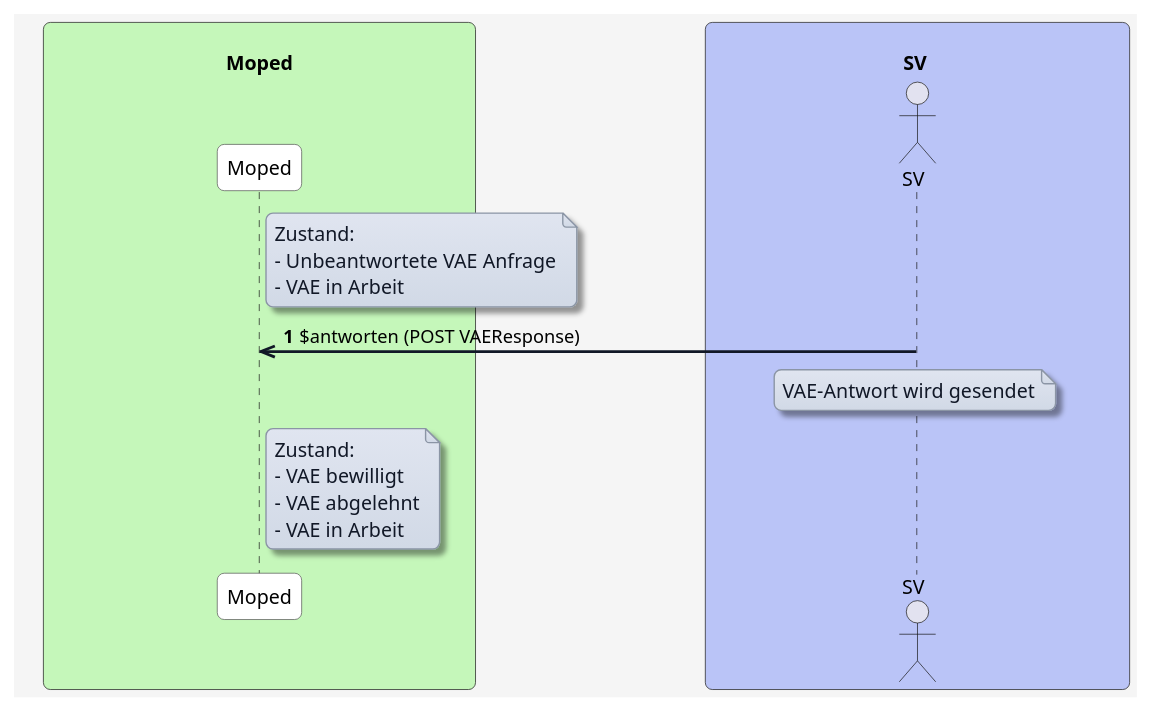
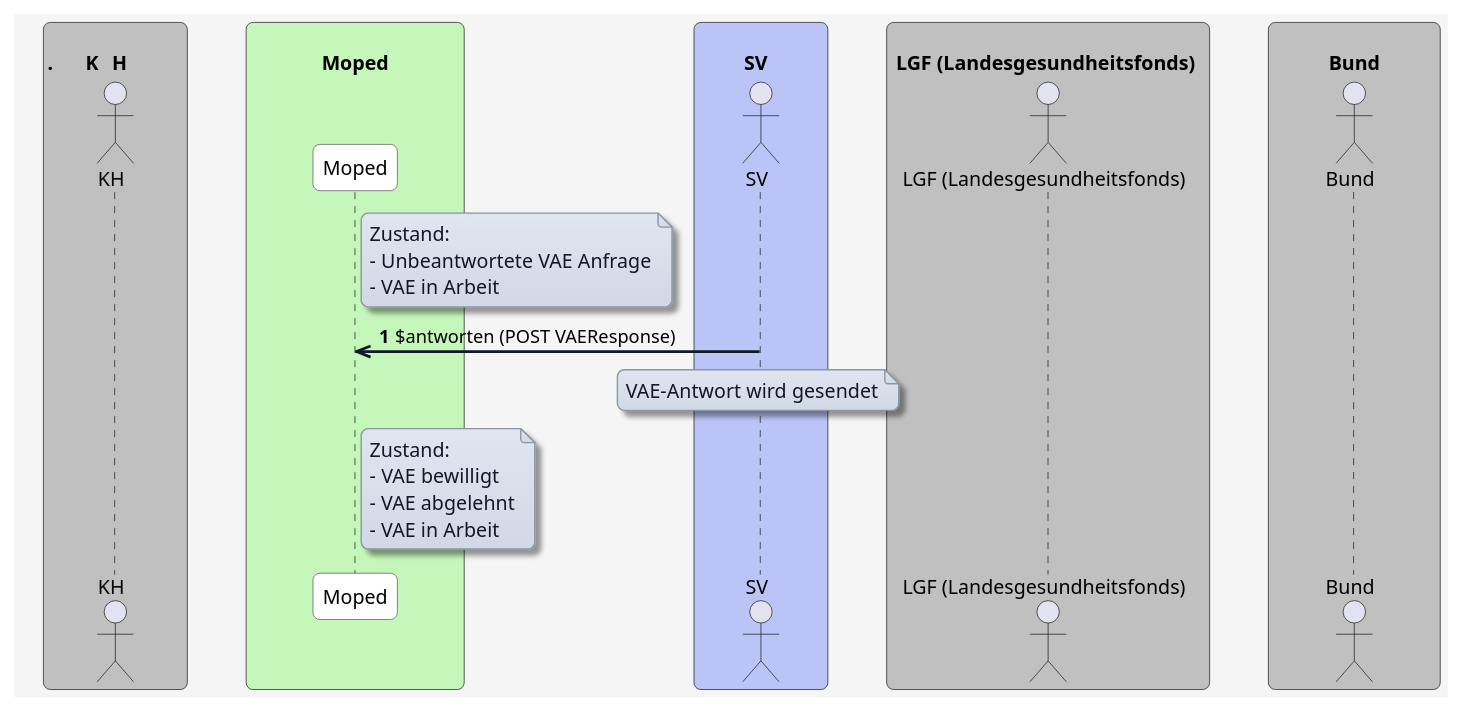
Before and after one commit to HL7Austria/ELGA-MOPED-R5: the diagram in input/images-source/antworten.plantuml, drawn with PlantUML. The commit also changed 1 other file, not shown here.

```diff
--- a/input/images-source/antworten.plantuml
+++ b/input/images-source/antworten.plantuml
@@ -1,67 +1,80 @@
 @startuml
 skinparam borderColor #000000
 skinparam backgroundColor #f5f5f5
 skinparam shadowing false
 skinparam roundCorner 10
 skinparam defaultFontName "Arial"
 skinparam defaultFontSize 14
 skinparam defaultFontColor #000000
 
 skinparam note {
   BackgroundColor #e0e5f0-#d1d9e6
   BorderColor #8b95a5
   BorderThickness 1
   RoundCorner 8
   Padding 6
   FontColor #111827
   Shadowing true
 }
 
 skinparam HyperlinkColor #0000EE
 skinparam HyperlinkUnderline false
 
 skinparam sequence {
   ParticipantBorderColor #555555
   ParticipantBackgroundColor #ffffff
   ParticipantFontColor #000000
   ParticipantFontSize 14
   ParticipantPadding 20
   ArrowColor #111827
   ArrowThickness 2
   ArrowFontColor #000000
   ArrowFontSize 13
   GroupBorderColor #111827
   GroupBackgroundColor #f3f4f6
   GroupBorderThickness 1
 }
 
 skinparam BoxPadding 20
 skinparam BoxBorderColor #555555
 
-box "\n                                   Moped                                   " #c5f7ba
+
+box "\n.         KH           " #c0c0c0
+  actor KH as "KH"
+end box
+
+box "\n              Moped              " #c5f7ba
   participant MP as "Moped"
 end box
 
-box "\n                                      SV                                       " #bac4f7
+box "\n         SV           " #bac4f7
   actor SV as "SV"
+end box
+
+box "\n LGF (Landesgesundheitsfonds)  " #c0c0c0
+  actor LGF as "LGF (Landesgesundheitsfonds)"
+end box
+
+box "\n           Bund           " #c0c0c0
+  actor Bund as "Bund"
 end box
 
 autonumber
 
 note right of MP
 Zustand:
 - Unbeantwortete VAE Anfrage
 - VAE in Arbeit
 end note
 
 SV ->> MP: $antworten (POST VAEResponse)
 Note over SV: VAE-Antwort wird gesendet
 
 note right of MP
 Zustand:
 - VAE bewilligt
 - VAE abgelehnt
 - VAE in Arbeit
 end note
 
 @enduml
```
